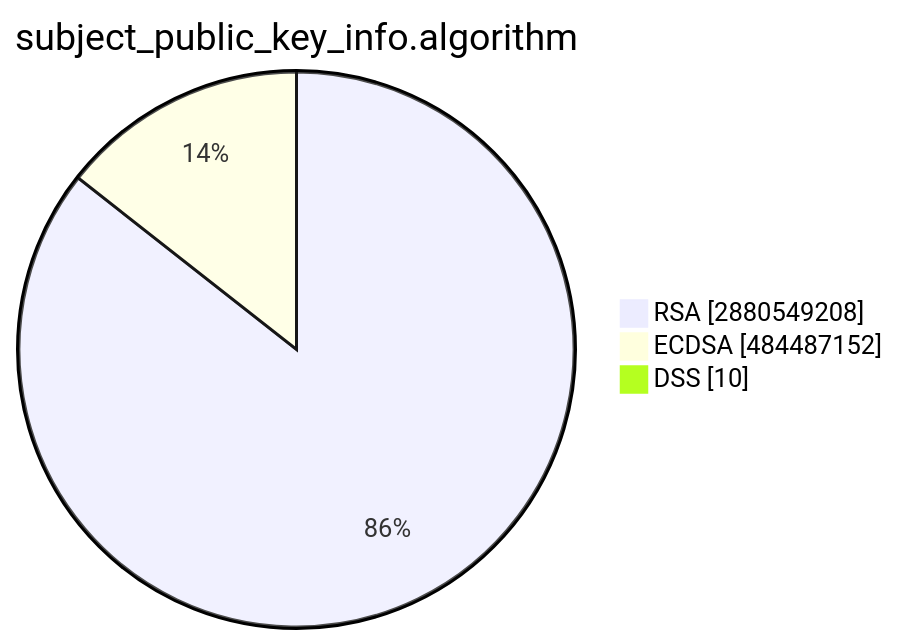
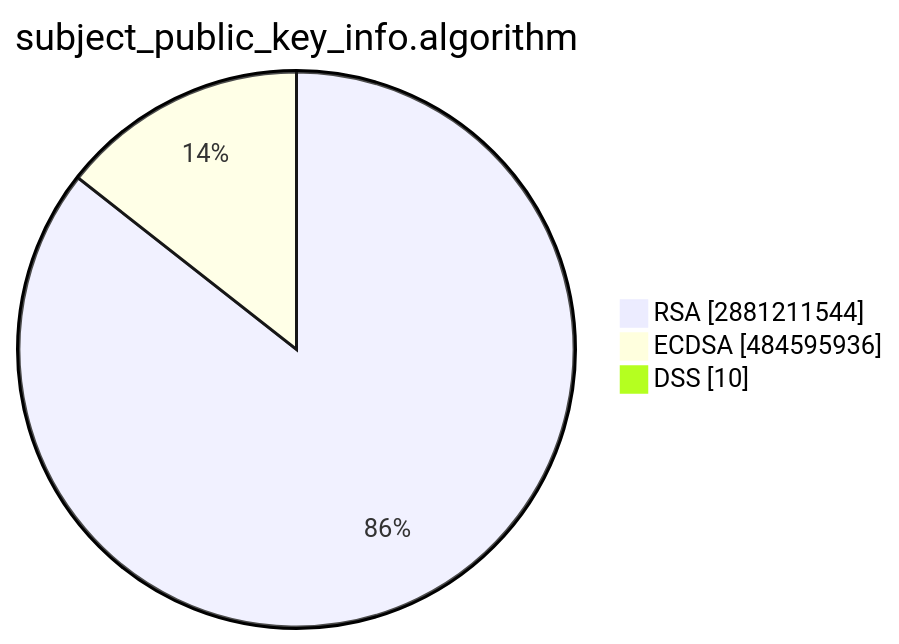
The second of 15 diagrams in TOTAL/README.md (christiankrug/ctmonitor_visualization), drawn with Mermaid before and after one commit. The commit also changed other lines of this file, not shown here.

````diff
--- a/TOTAL/README.md
+++ b/TOTAL/README.md
@@ -6,7 +6,7 @@
 ```mermaid
 pie showData
 title subject_public_key_info.algorithm
-"RSA" :2880549208
-"ECDSA" :484487152
+"RSA" :2881211544
+"ECDSA" :484595936
 "DSS" :10
 ```
````
